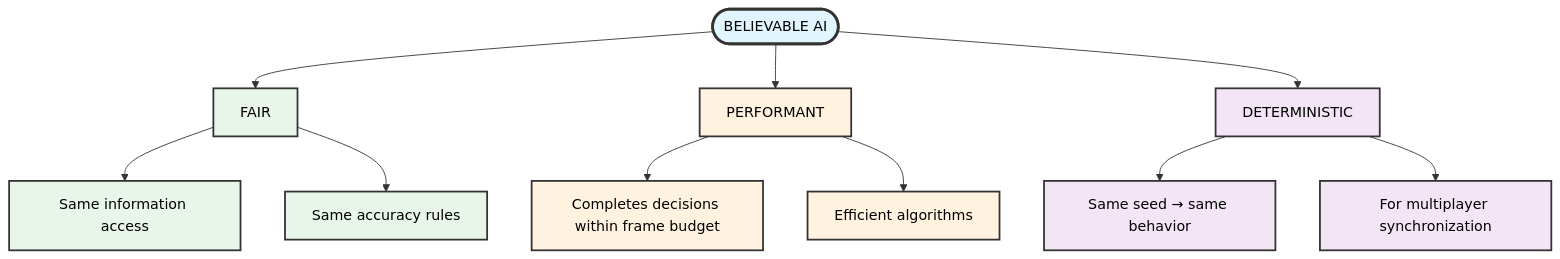
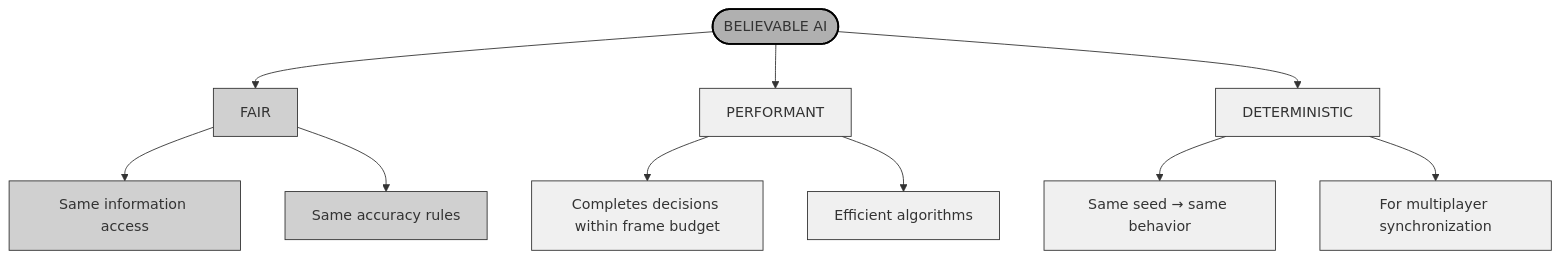
The second of 6 diagrams in chapter_14_ai_systems.md (jukofyork/close-combat-architecture-study), drawn with Mermaid before and after one commit. The commit also changed other lines of this file and 15 other files, not shown here.

````diff
--- a/chapter_14_ai_systems.md
+++ b/chapter_14_ai_systems.md
@@ -126,25 +126,25 @@
 ```mermaid
 flowchart TB
-    classDef rootNode fill:#e1f5fe,stroke:#333,stroke-width:3px,color:#000
-    classDef fairNode fill:#e8f5e9,stroke:#333,stroke-width:2px,color:#000
-    classDef perfNode fill:#fff3e0,stroke:#333,stroke-width:2px,color:#000
-    classDef detNode fill:#f3e5f5,stroke:#333,stroke-width:2px,color:#000
+    classDef default fill:#fff,stroke:#000,stroke-width:1px
+    classDef light fill:#f0f0f0,stroke:#333,stroke-width:1px
+    classDef medium fill:#d0d0d0,stroke:#333,stroke-width:1px
+    classDef dark fill:#b0b0b0,stroke:#000,stroke-width:2px
 
     ROOT([BELIEVABLE AI]) --> FAIR
     ROOT --> PERFORMANT
     ROOT --> DETERMINISTIC
 
     FAIR --> FAIR1[Same information access]
     FAIR --> FAIR2[Same accuracy rules]
 
     PERFORMANT --> PERF1[Completes decisions within frame budget]
     PERFORMANT --> PERF2[Efficient algorithms]
 
     DETERMINISTIC --> DET1[Same seed → same behavior]
     DETERMINISTIC --> DET2[For multiplayer synchronization]
 
-    class ROOT rootNode
-    class FAIR,FAIR1,FAIR2 fairNode
-    class PERFORMANT,PERF1,PERF2 perfNode
-    class DETERMINISTIC,DET1,DET2 detNode
+    class ROOT dark
+    class FAIR,FAIR1,FAIR2 medium
+    class PERFORMANT,PERF1,PERF2 light
+    class DETERMINISTIC,DET1,DET2 light
 ```
````
